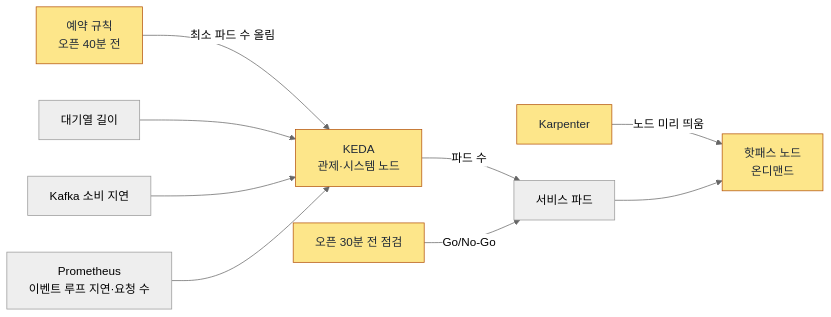
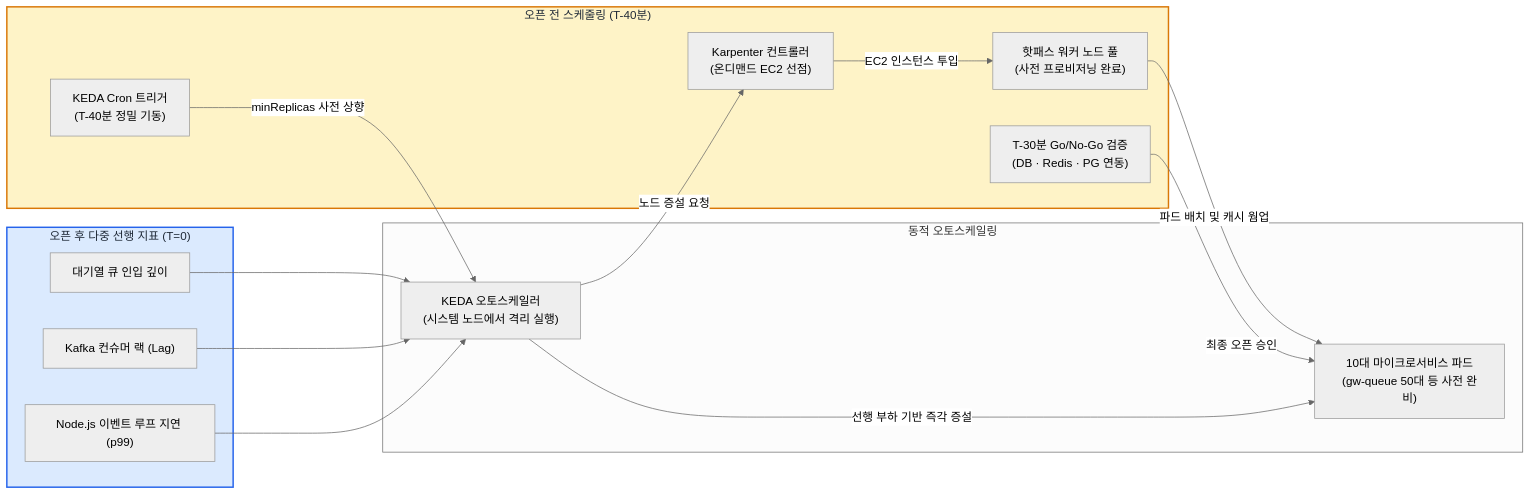
Diagram 12 of 18 in docs/walkthrough/01-system-design.md (peaket/peaket), drawn with Mermaid (neutral theme) before and after one commit. The commit also changed other lines of this file and 77 other files, not shown here.

````diff
--- a/docs/walkthrough/01-system-design.md
+++ b/docs/walkthrough/01-system-design.md
@@ -1024,21 +1580,36 @@
 ```mermaid
 flowchart LR
-    cron["예약 규칙<br/>오픈 40분 전"]:::new
-    qlen["대기열 길이"]
-    lag["Kafka 소비 지연"]
-    prom["Prometheus<br/>이벤트 루프 지연·요청 수"]
-    keda["KEDA<br/>관제·시스템 노드"]:::new
-    karp["Karpenter"]:::new
-    deploy["서비스 파드"]
-    nodes["핫패스 노드<br/>온디맨드"]:::new
-    check["오픈 30분 전 점검"]:::new
-    cron -->|"최소 파드 수 올림"| keda
-    qlen --> keda
+    subgraph Prewarming["오픈 전 스케줄링 (T-40분)"]
+        cron["KEDA Cron 트리거<br/>(T-40분 정밀 기동)"]
+        karp["Karpenter 컨트롤러<br/>(온디맨드 EC2 선점)"]
+        nodes["핫패스 워커 노드 풀<br/>(사전 프로비저닝 완료)"]
+        check["T-30분 Go/No-Go 검증<br/>(DB · Redis · PG 연동)"]
+    end
+
+    subgraph Signals["오픈 후 다중 선행 지표 (T=0)"]
+        qdepth["대기열 큐 인입 깊이"]
+        lag["Kafka 컨슈머 랙 (Lag)"]
+        evloop["Node.js 이벤트 루프 지연 (p99)"]
+    end
+
+    subgraph DynamicScaling["동적 오토스케일링"]
+        keda["KEDA 오토스케일러<br/>(시스템 노드에서 격리 실행)"]
+        pods["10대 마이크로서비스 파드<br/>(gw-queue 50대 등 사전 완비)"]
+    end
+
+    cron -->|"minReplicas 사전 상향"| keda
+    keda -->|"노드 증설 요청"| karp
+    karp -->|"EC2 인스턴스 투입"| nodes
+    nodes -->|"파드 배치 및 캐시 웜업"| pods
+    check -->|"최종 오픈 승인"| pods
+
+    qdepth --> keda
     lag --> keda
-    prom --> keda
-    keda -->|"파드 수"| deploy
-    karp -->|"노드 미리 띄움"| nodes
-    deploy --> nodes
-    check -->|"Go/No-Go"| deploy
-    classDef new fill:#fde68a,stroke:#b45309,color:#1f2937
+    evloop --> keda
+    keda -->|"선행 부하 기반 즉각 증설"| pods
+
+    classDef pre fill:#fef3c7,stroke:#d97706,stroke-width:2px,color:#1f2937
+    classDef sig fill:#dbeafe,stroke:#2563eb,stroke-width:2px,color:#1f2937
+    class Prewarming pre
+    class Signals sig
 ```
````
